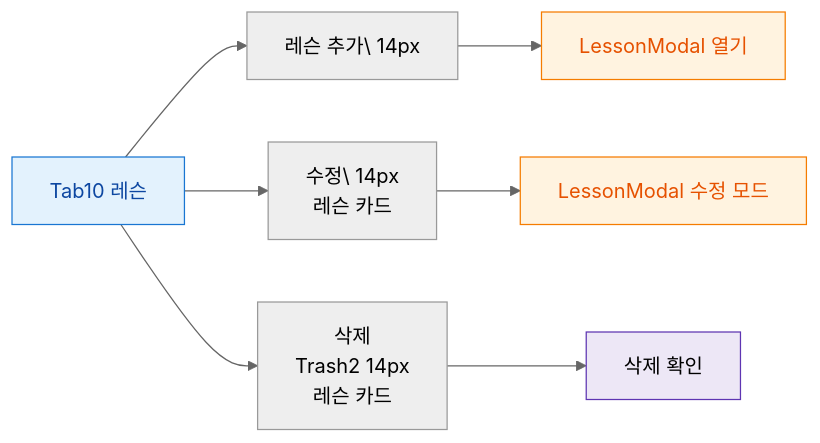
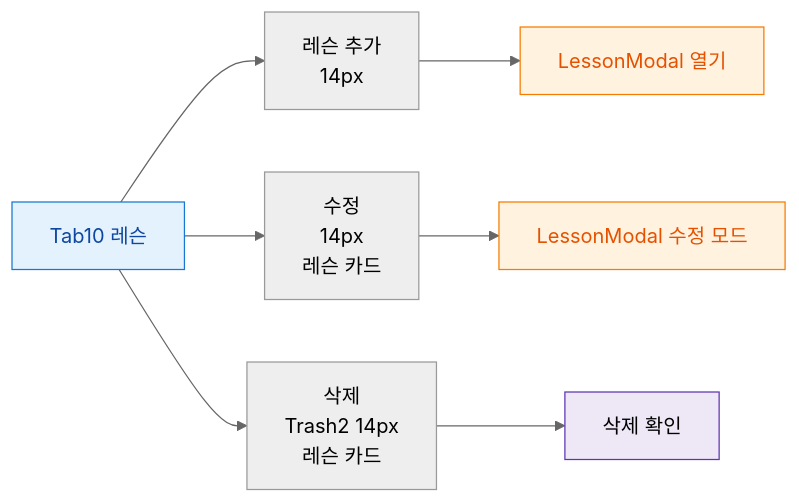
Before and after one commit to dev-spogym/admin-pando: the diagram in docs/admin/다이어그램/D02_회원관리/SCR-M004_회원상세/Tab10_레슨/F3_버튼액션.md, drawn with Mermaid (neutral theme). The commit also changed 369 other files, not shown here.

````diff
--- a/docs/admin/다이어그램/D02_회원관리/SCR-M004_회원상세/Tab10_레슨/F3_버튼액션.md
+++ b/docs/admin/다이어그램/D02_회원관리/SCR-M004_회원상세/Tab10_레슨/F3_버튼액션.md
@@ -20,17 +20,17 @@
 ```mermaid
 flowchart LR
-  TAB[Tab10 레슨] --> B1[레슨 추가\ 14px]
-  TAB --> B2[수정\ 14px\n레슨 카드]
+  TAB[Tab10 레슨] --> B1[레슨 추가<br/> 14px]
+  TAB --> B2[수정<br/> 14px\n레슨 카드]
   TAB --> B3[삭제\nTrash2 14px\n레슨 카드]
 
   B1 --> MODAL[LessonModal 열기]
   B2 --> EDIT_MODAL[LessonModal 수정 모드]
   B3 --> DEL_CONFIRM[삭제 확인]
 
   classDef screen fill:#E3F2FD,stroke:#1976D2,color:#0D47A1
   classDef modal fill:#FFF3E0,stroke:#F57C00,color:#E65100
   classDef system fill:#EDE7F6,stroke:#5E35B2
   class TAB screen
   class MODAL,EDIT_MODAL modal
   class DEL_CONFIRM system
 ```
````
